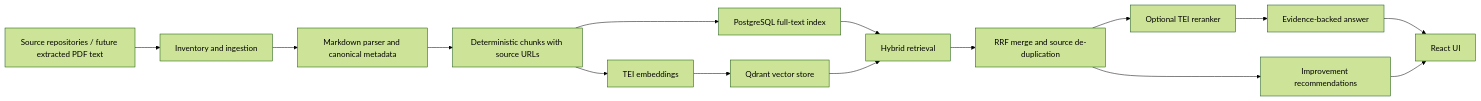
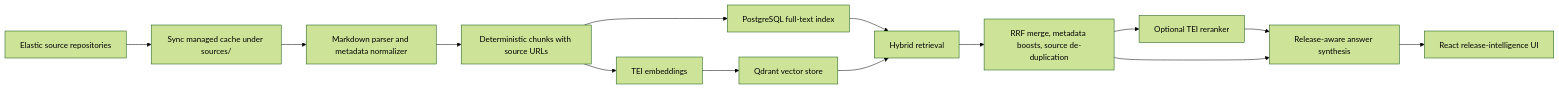
Before and after one commit to esterkane/elastic-product-search-lab: the diagram in README.md, drawn with Mermaid (forest theme). The commit also changed other lines of this file and 7 other files, not shown here.

Commit message:
Refresh release intelligence documentation

````diff
--- a/README.md
+++ b/README.md
@@ -152,17 +80,16 @@
 ```mermaid
 flowchart LR
-    A["Source repositories / future extracted PDF text"] --> B["Inventory and ingestion"]
-    B --> C["Markdown parser and canonical metadata"]
+    A["Elastic source repositories"] --> B["Sync managed cache under sources/"]
+    B --> C["Markdown parser and metadata normalizer"]
     C --> D["Deterministic chunks with source URLs"]
     D --> E["PostgreSQL full-text index"]
     D --> F["TEI embeddings"]
     F --> G["Qdrant vector store"]
     E --> H["Hybrid retrieval"]
     G --> H
-    H --> I["RRF merge and source de-duplication"]
+    H --> I["RRF merge, metadata boosts, source de-duplication"]
     I --> J["Optional TEI reranker"]
-    J --> K["Evidence-backed answer"]
-    I --> L["Improvement recommendations"]
-    K --> M["React UI"]
-    L --> M
+    J --> K["Release-aware answer synthesis"]
+    I --> K
+    K --> L["React release-intelligence UI"]
 ```
````
